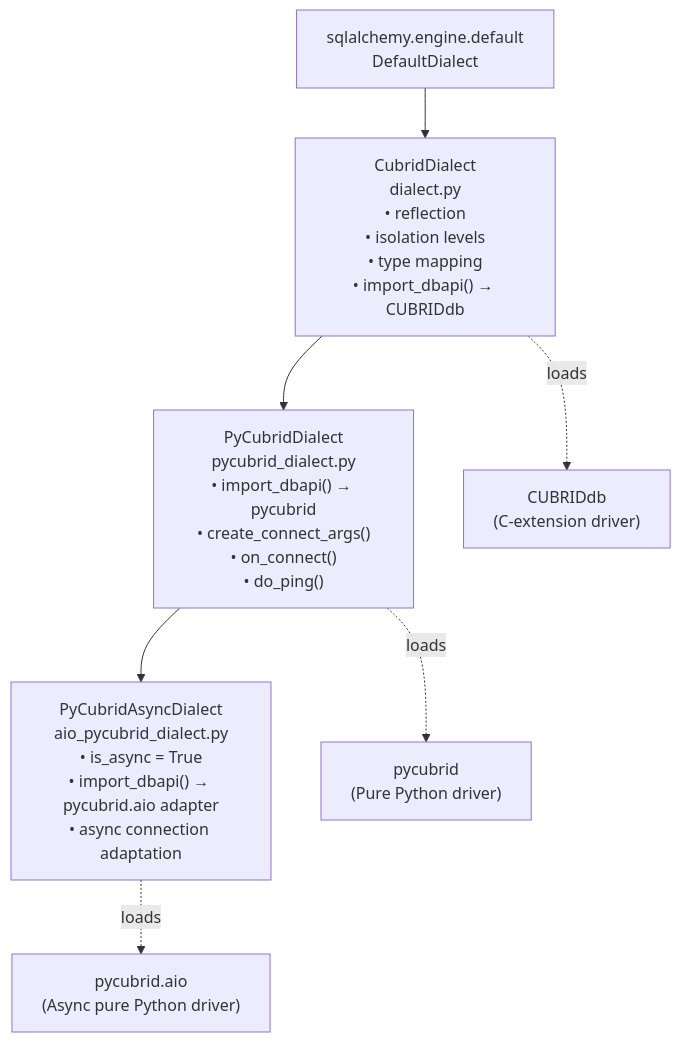
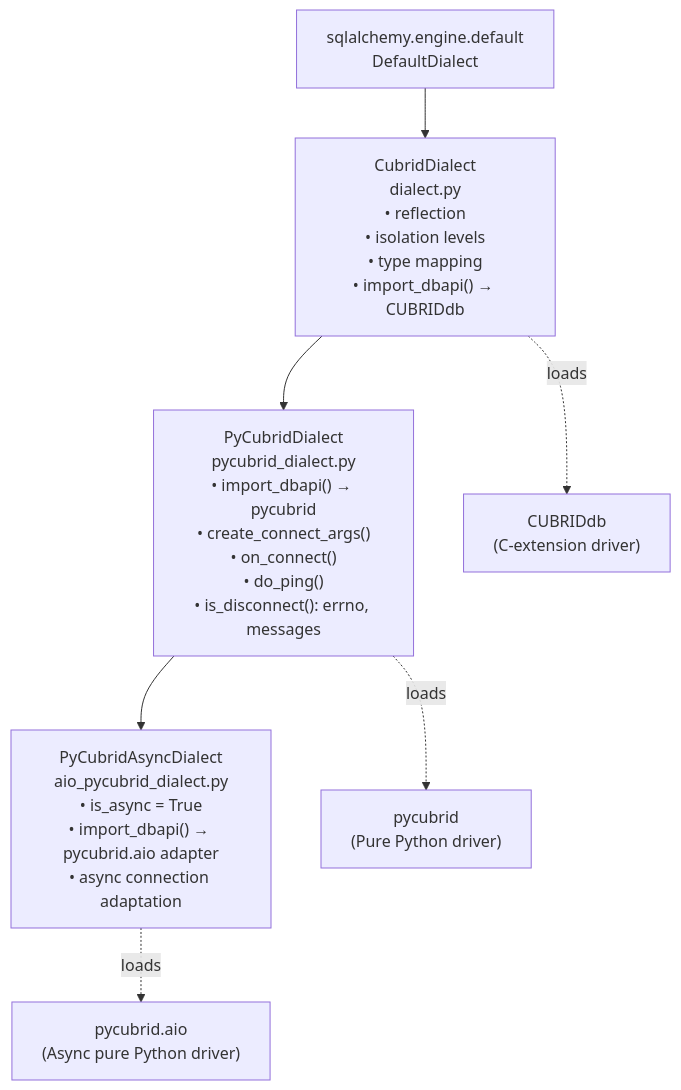
One commit to cubrid-lab/sqlalchemy-cubrid changed the sixth of 6 diagrams in docs/ARCHITECTURE.md. Above: the diagram before and after it, drawn with Mermaid. The commit also changed other lines of this file and 9 other files, not shown here.

````diff
--- a/docs/ARCHITECTURE.md
+++ b/docs/ARCHITECTURE.md
@@ -237,15 +237,15 @@
 ```mermaid
 flowchart TD
     sa_default["sqlalchemy.engine.default<br/>DefaultDialect"]
     cubrid_base["CubridDialect<br/>dialect.py<br/>• reflection<br/>• isolation levels<br/>• type mapping<br/>• import_dbapi() → CUBRIDdb"]
-    pycubrid_variant["PyCubridDialect<br/>pycubrid_dialect.py<br/>• import_dbapi() → pycubrid<br/>• create_connect_args()<br/>• on_connect()<br/>• do_ping()"]
+    pycubrid_variant["PyCubridDialect<br/>pycubrid_dialect.py<br/>• import_dbapi() → pycubrid<br/>• create_connect_args()<br/>• on_connect()<br/>• do_ping()<br/>• is_disconnect(): errno, messages"]
     aio_variant["PyCubridAsyncDialect<br/>aio_pycubrid_dialect.py<br/>• is_async = True<br/>• import_dbapi() → pycubrid.aio adapter<br/>• async connection adaptation"]
     
     sa_default --> cubrid_base
     cubrid_base --> pycubrid_variant
     pycubrid_variant --> aio_variant
     
     cubrid_base -.->|"loads"| cci["CUBRIDdb<br/>(C-extension driver)"]
     pycubrid_variant -.->|"loads"| pure["pycubrid<br/>(Pure Python driver)"]
     aio_variant -.->|"loads"| pure_async["pycubrid.aio<br/>(Async pure Python driver)"]
 ```
````
